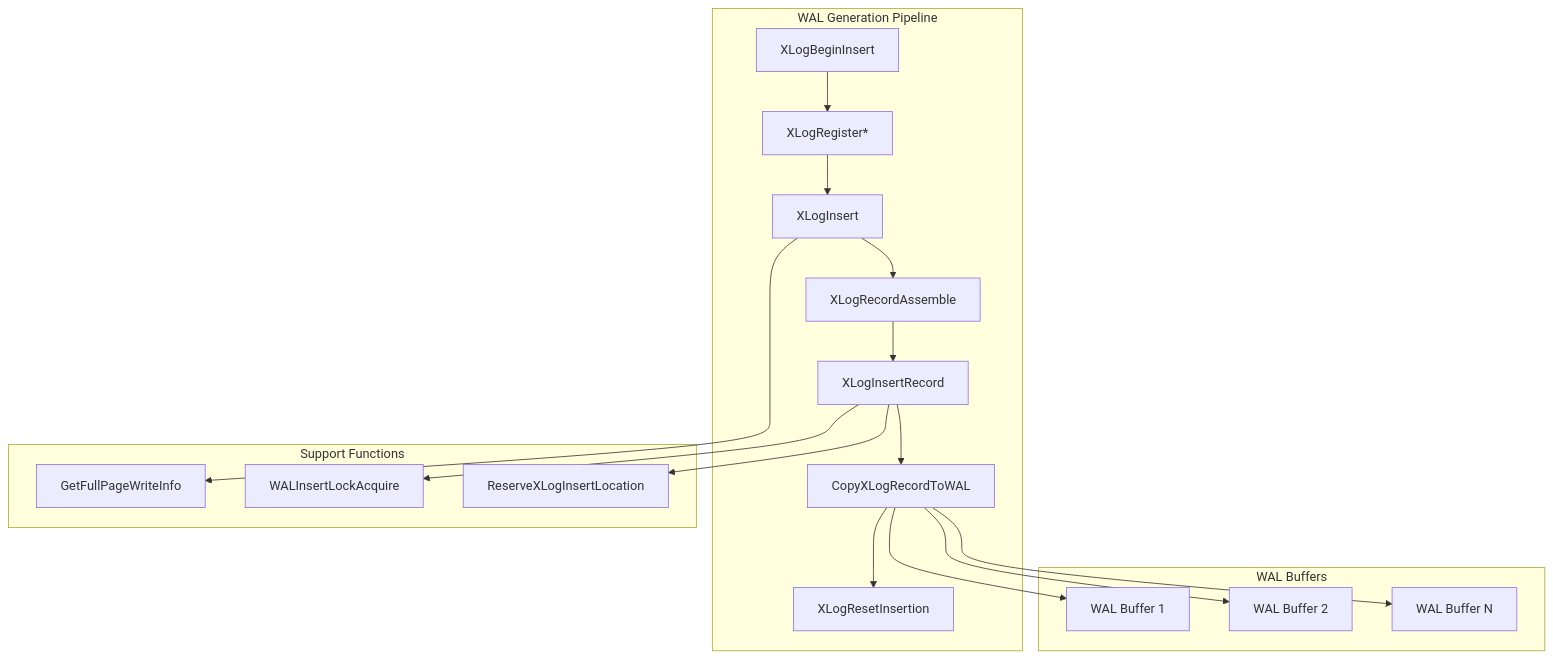
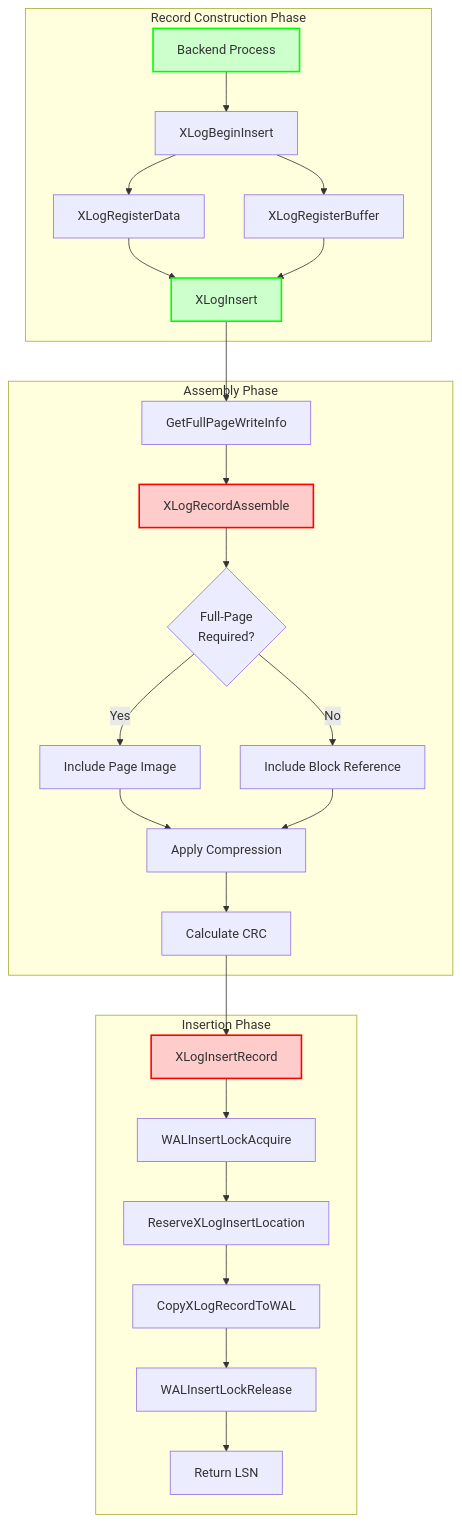
One commit to ryogrid/create_pg_super_document changed the first of 2 diagrams in topic_specific_generated_docs/about_wal/component_wal_generation.md. Above: the diagram before and after it, drawn with Mermaid. The commit also changed other lines of this file and 34 other files, not shown here.

````diff
--- a/topic_specific_generated_docs/about_wal/component_wal_generation.md
+++ b/topic_specific_generated_docs/about_wal/component_wal_generation.md
@@ -17,31 +16,36 @@
 ```mermaid
 graph TB
-    subgraph "WAL Generation Pipeline"
-        A[XLogBeginInsert] --> B[XLogRegister*]
-        B --> C[XLogInsert]
-        C --> D[XLogRecordAssemble]
-        D --> E[XLogInsertRecord]
-        E --> F[CopyXLogRecordToWAL]
-        F --> G[XLogResetInsertion]
+    subgraph "Record Construction Phase"
+        A[Backend Process] --> B[XLogBeginInsert]
+        B --> C[XLogRegisterData]
+        B --> D[XLogRegisterBuffer]
+        C --> E[XLogInsert]
+        D --> E
     end
 
-    subgraph "Support Functions"
-        H[GetFullPageWriteInfo]
-        I[WALInsertLockAcquire]
-        J[ReserveXLogInsertLocation]
+    subgraph "Assembly Phase"
+        E --> F[GetFullPageWriteInfo]
+        F --> G[XLogRecordAssemble]
+        G --> H{Full-Page<br/>Required?}
+        H -->|Yes| I[Include Page Image]
+        H -->|No| J[Include Block Reference]
+        I --> K[Apply Compression]
+        J --> K
+        K --> L[Calculate CRC]
     end
 
-    C --> H
-    E --> I
-    E --> J
-
-    subgraph "WAL Buffers"
-        K[WAL Buffer 1]
-        L[WAL Buffer 2]
-        M[WAL Buffer N]
+    subgraph "Insertion Phase"
+        L --> M[XLogInsertRecord]
+        M --> N[WALInsertLockAcquire]
+        N --> O[ReserveXLogInsertLocation]
+        O --> P[CopyXLogRecordToWAL]
+        P --> Q[WALInsertLockRelease]
+        Q --> R[Return LSN]
     end
 
-    F --> K
-    F --> L
-    F --> M
+    classDef critical fill:#ffcccc,stroke:#ff0000,stroke-width:2px
+    classDef entry fill:#ccffcc,stroke:#00ff00,stroke-width:2px
+
+    class E,G,M critical
+    class A,E entry
 ```
````
